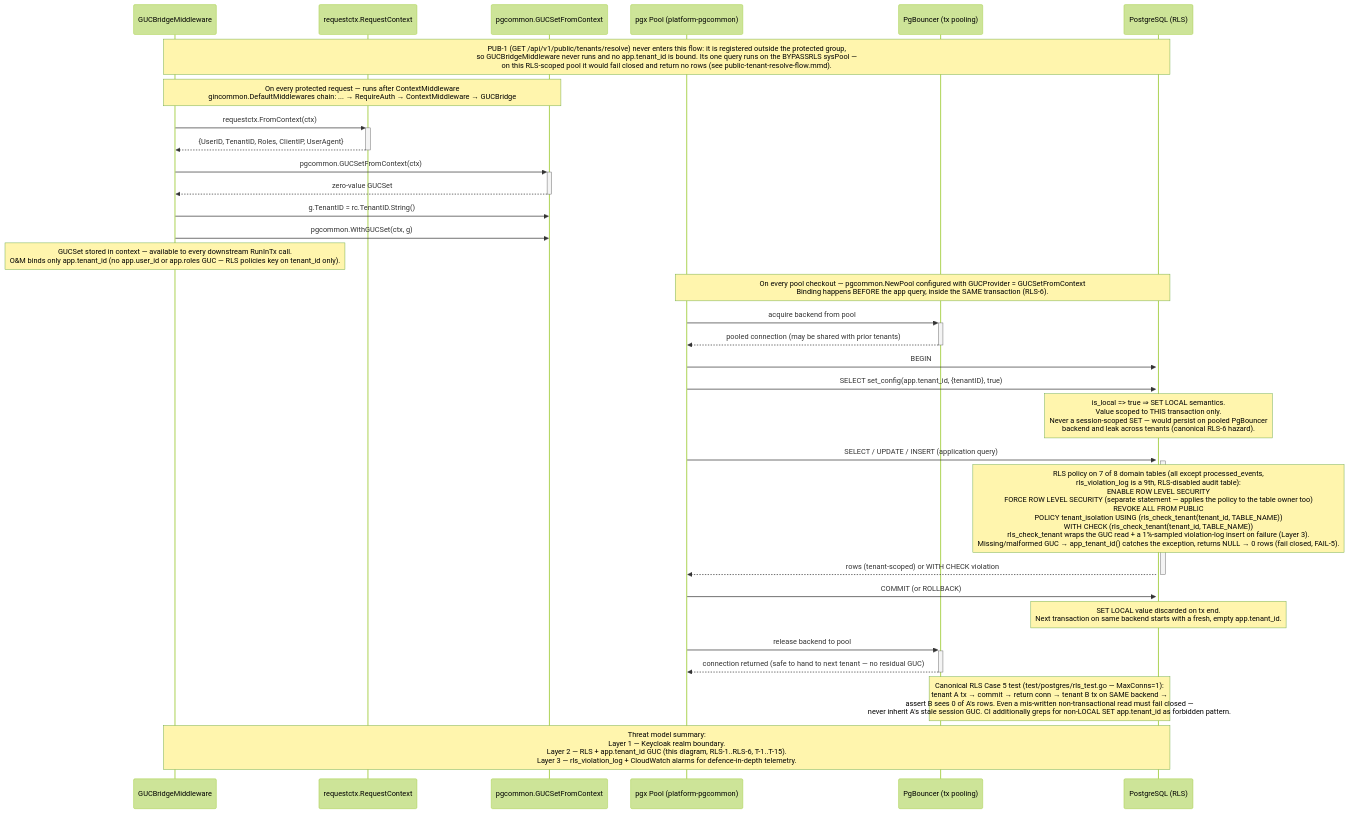
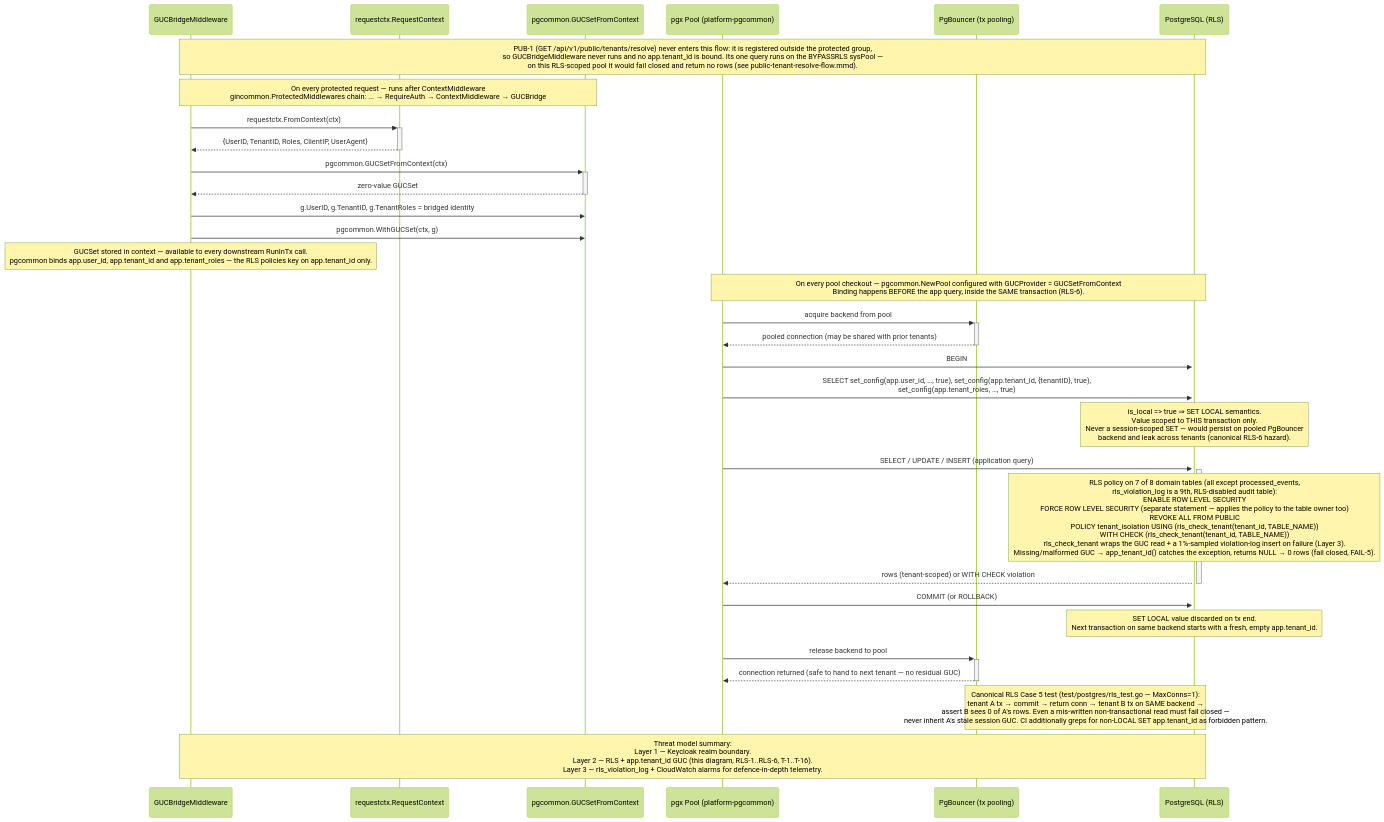
One commit to BCBP-SOLUTIONS-FZC-LLC/iam-org-membership changed the diagram in docs/architecture/mermaid/rls-guc-flow.mmd. Above: the diagram before and after it, drawn with Mermaid (forest theme). The commit also changed 190 other files, not shown here.

```diff
--- a/docs/architecture/mermaid/rls-guc-flow.mmd
+++ b/docs/architecture/mermaid/rls-guc-flow.mmd
@@ -1,45 +1,45 @@
 sequenceDiagram
     participant MW as GUCBridgeMiddleware
     participant RC as requestctx.RequestContext
     participant GUC as pgcommon.GUCSetFromContext
     participant Pool as pgx Pool (platform-pgcommon)
     participant PGB as PgBouncer (tx pooling)
     participant DB as PostgreSQL (RLS)
 
     Note over MW,DB: PUB-1 (GET /api/v1/public/tenants/resolve) never enters this flow: it is registered outside the protected group,<br/>so GUCBridgeMiddleware never runs and no app.tenant_id is bound. Its one query runs on the BYPASSRLS sysPool —<br/>on this RLS-scoped pool it would fail closed and return no rows (see public-tenant-resolve-flow.mmd).
 
-    Note over MW,GUC: On every protected request — runs after ContextMiddleware<br/>gincommon.DefaultMiddlewares chain: ... → RequireAuth → ContextMiddleware → GUCBridge
+    Note over MW,GUC: On every protected request — runs after ContextMiddleware<br/>gincommon.ProtectedMiddlewares chain: ... → RequireAuth → ContextMiddleware → GUCBridge
 
     MW ->>+ RC: requestctx.FromContext(ctx)
     RC -->>- MW: {UserID, TenantID, Roles, ClientIP, UserAgent}
 
     MW ->>+ GUC: pgcommon.GUCSetFromContext(ctx)
     GUC -->>- MW: zero-value GUCSet
 
-    MW ->> GUC: g.TenantID = rc.TenantID.String()
+    MW ->> GUC: g.UserID, g.TenantID, g.TenantRoles = bridged identity
     MW ->> GUC: pgcommon.WithGUCSet(ctx, g)
-    Note over MW: GUCSet stored in context — available to every downstream RunInTx call.<br/>O&M binds only app.tenant_id (no app.user_id or app.roles GUC — RLS policies key on tenant_id only).
+    Note over MW: GUCSet stored in context — available to every downstream RunInTx call.<br/>pgcommon binds app.user_id, app.tenant_id and app.tenant_roles — the RLS policies key on app.tenant_id only.
 
     Note over Pool,DB: On every pool checkout — pgcommon.NewPool configured with GUCProvider = GUCSetFromContext<br/>Binding happens BEFORE the app query, inside the SAME transaction (RLS-6).
 
     Pool ->>+ PGB: acquire backend from pool
     PGB -->>- Pool: pooled connection (may be shared with prior tenants)
 
     Pool ->>+ DB: BEGIN
-    Pool ->>+ DB: SELECT set_config(app.tenant_id, {tenantID}, true)
+    Pool ->>+ DB: SELECT set_config(app.user_id, …, true), set_config(app.tenant_id, {tenantID}, true),<br/>set_config(app.tenant_roles, …, true)
     Note over DB: is_local => true ⇒ SET LOCAL semantics.<br/>Value scoped to THIS transaction only.<br/>Never a session-scoped SET — would persist on pooled PgBouncer<br/>backend and leak across tenants (canonical RLS-6 hazard).
 
     Pool ->>+ DB: SELECT / UPDATE / INSERT (application query)
     Note over DB: RLS policy on 7 of 8 domain tables (all except processed_events,<br/>rls_violation_log is a 9th, RLS-disabled audit table):<br/>  ENABLE ROW LEVEL SECURITY<br/>  FORCE ROW LEVEL SECURITY (separate statement — applies the policy to the table owner too)<br/>  REVOKE ALL FROM PUBLIC<br/>  POLICY tenant_isolation USING (rls_check_tenant(tenant_id, TABLE_NAME))<br/>                          WITH CHECK (rls_check_tenant(tenant_id, TABLE_NAME))<br/>rls_check_tenant wraps the GUC read + a 1%-sampled violation-log insert on failure (Layer 3).<br/>Missing/malformed GUC → app_tenant_id() catches the exception, returns NULL → 0 rows (fail closed, FAIL-5).
 
     DB -->>- Pool: rows (tenant-scoped) or WITH CHECK violation
 
     Pool ->>+ DB: COMMIT (or ROLLBACK)
     Note over DB: SET LOCAL value discarded on tx end.<br/>Next transaction on same backend starts with a fresh, empty app.tenant_id.
 
     Pool ->>+ PGB: release backend to pool
     PGB -->>- Pool: connection returned (safe to hand to next tenant — no residual GUC)
 
     Note over DB,PGB: Canonical RLS Case 5 test (test/postgres/rls_test.go — MaxConns=1):<br/>tenant A tx → commit → return conn → tenant B tx on SAME backend →<br/>assert B sees 0 of A's rows. Even a mis-written non-transactional read must fail closed —<br/>never inherit A's stale session GUC. CI additionally greps for non-LOCAL SET app.tenant_id as forbidden pattern.
 
-    Note over MW,DB: Threat model summary:<br/>Layer 1 — Keycloak realm boundary.<br/>Layer 2 — RLS + app.tenant_id GUC (this diagram, RLS-1..RLS-6, T-1..T-15).<br/>Layer 3 — rls_violation_log + CloudWatch alarms for defence-in-depth telemetry.
+    Note over MW,DB: Threat model summary:<br/>Layer 1 — Keycloak realm boundary.<br/>Layer 2 — RLS + app.tenant_id GUC (this diagram, RLS-1..RLS-6, T-1..T-16).<br/>Layer 3 — rls_violation_log + CloudWatch alarms for defence-in-depth telemetry.
```
